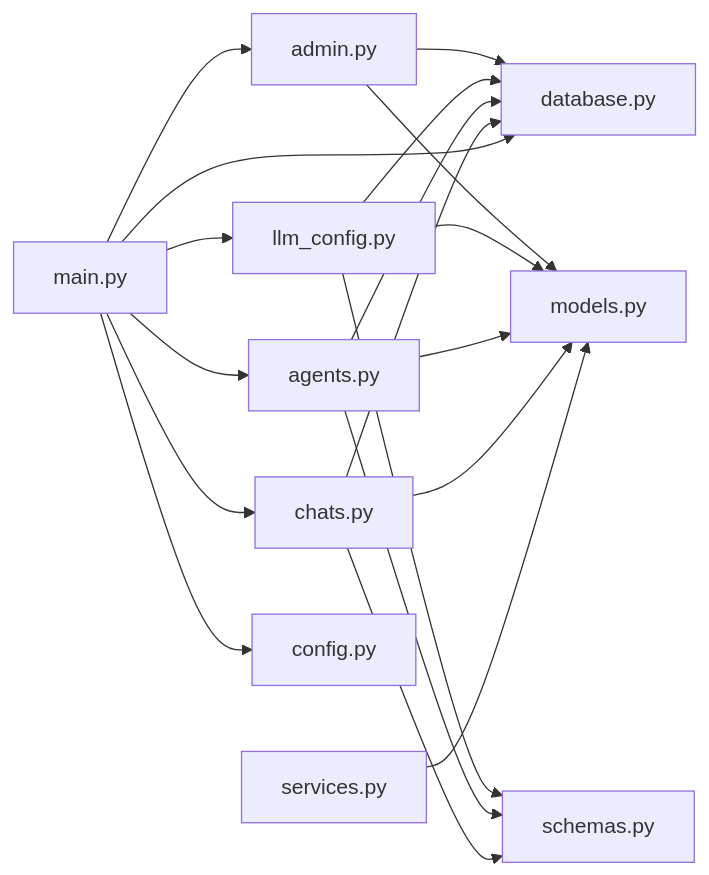
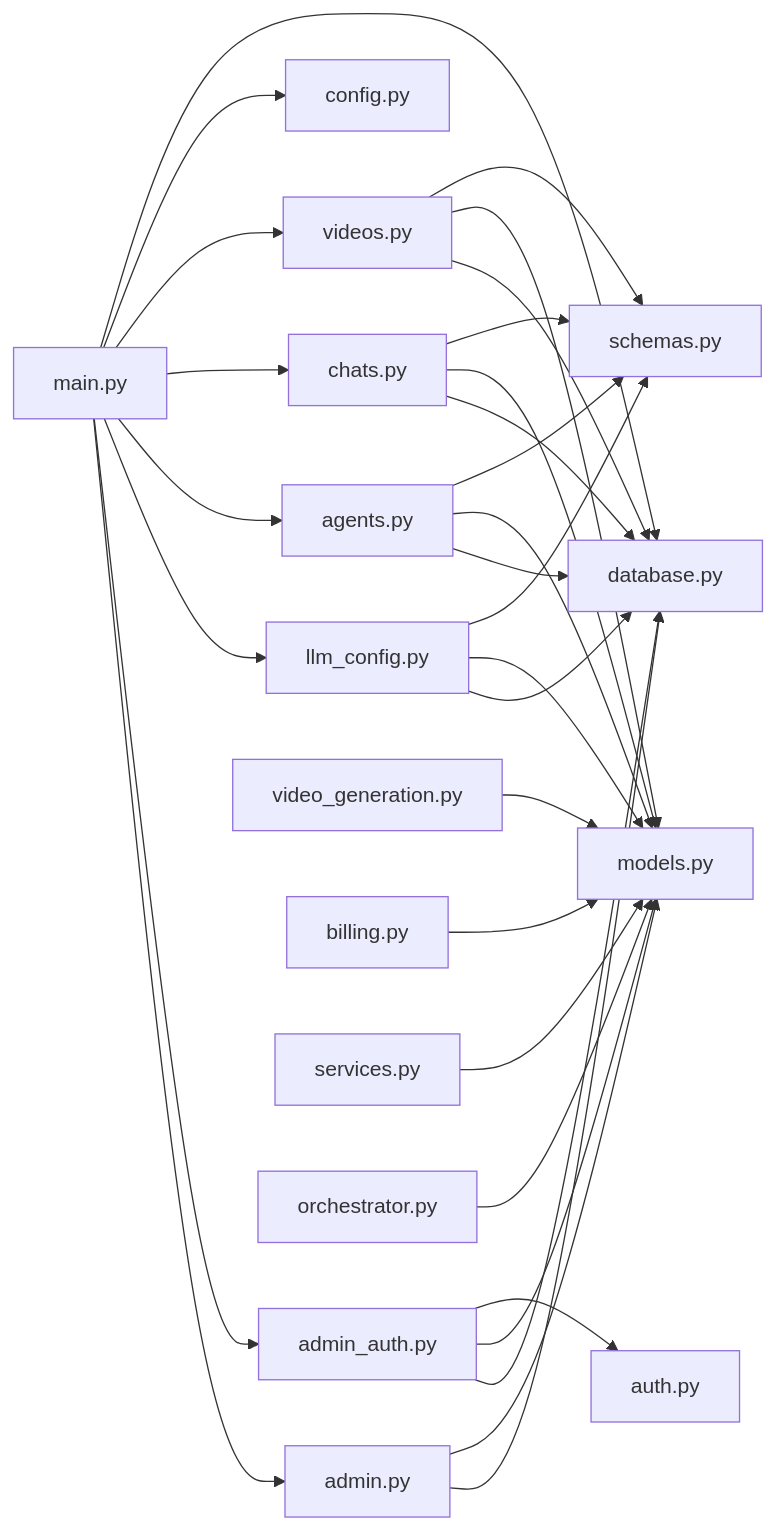
Diagram 11 of 11 in .qoder/repowiki/zh/content/后台管理系统/后台管理系统.md (KunLabAI/KunFlix), drawn with Mermaid before and after one commit. The commit also changed other lines of this file and 25 other files, not shown here.

First line of the commit message:
feat(admin-auth): 新增管理员认证模块及登录界面优化

````diff
--- a/.qoder/repowiki/zh/content/后台管理系统/后台管理系统.md
+++ b/.qoder/repowiki/zh/content/后台管理系统/后台管理系统.md
@@ -414,21 +826,32 @@
 ```mermaid
 graph LR
 RT_ADMIN["admin.py"] --> DB["database.py"]
 RT_ADMIN --> MODELS["models.py"]
+RT_ADMIN_AUTH["admin_auth.py"] --> DB
+RT_ADMIN_AUTH --> MODELS
+RT_ADMIN_AUTH --> AUTH["auth.py"]
 RT_LLM["llm_config.py"] --> DB
 RT_LLM --> MODELS
 RT_LLM --> SCHEMAS["schemas.py"]
 RT_AGENTS["agents.py"] --> DB
 RT_AGENTS --> MODELS
 RT_AGENTS --> SCHEMAS
 RT_CHATS["chats.py"] --> DB
 RT_CHATS --> MODELS
 RT_CHATS --> SCHEMAS
+RT_VIDEOS["videos.py"] --> DB
+RT_VIDEOS --> MODELS
+RT_VIDEOS --> SCHEMAS
+VID["video_generation.py"] --> MODELS
+BILL["billing.py"] --> MODELS
 SRV["services.py"] --> MODELS
+ORCH["orchestrator.py"] --> MODELS
 MAIN["main.py"] --> RT_ADMIN
+MAIN --> RT_ADMIN_AUTH
 MAIN --> RT_LLM
 MAIN --> RT_AGENTS
 MAIN --> RT_CHATS
+MAIN --> RT_VIDEOS
 MAIN --> CFG["config.py"]
 MAIN --> DB
 ```
````
